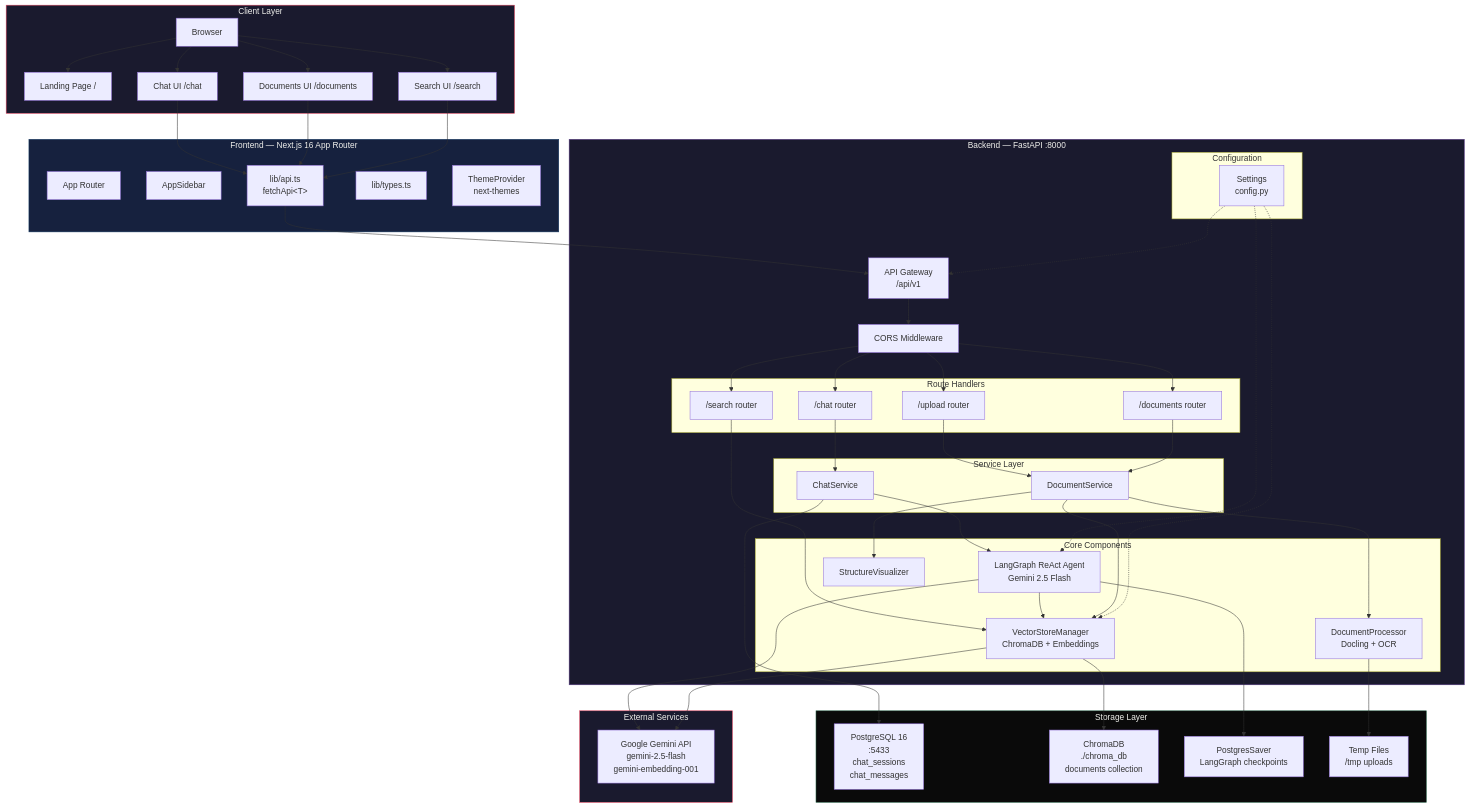
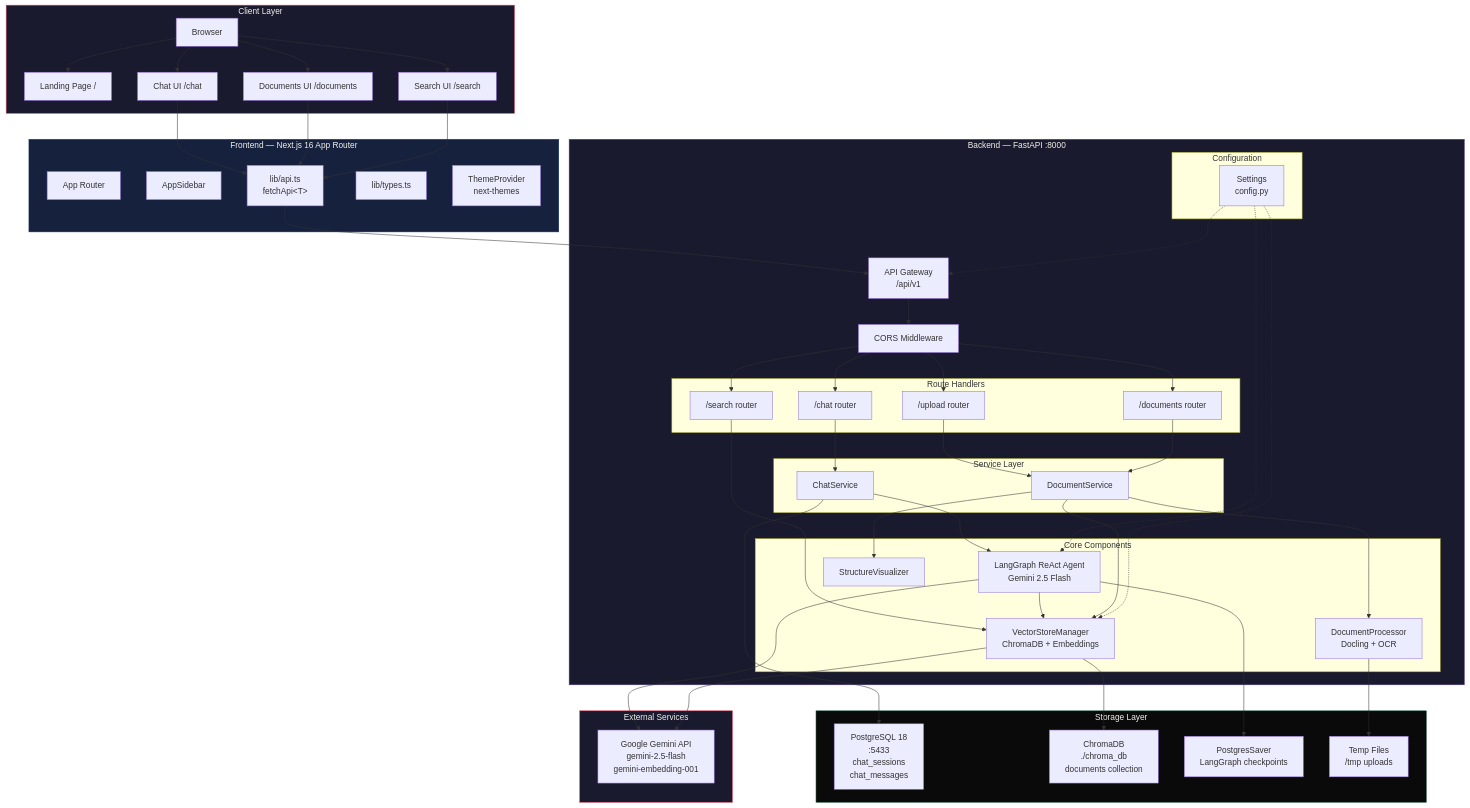
Before and after one commit to Timmy00125/ArchiveAI: the diagram in diagrams/01-system-overview.md, drawn with Mermaid. The commit also changed 6 other files, not shown here.

```diff
--- a/diagrams/01-system-overview.md
+++ b/diagrams/01-system-overview.md
@@ -49,7 +49,7 @@
     end
 
     subgraph Storage["Storage Layer"]
-        PG["PostgreSQL 16<br/>:5433<br/>chat_sessions<br/>chat_messages"]
+        PG["PostgreSQL 18<br/>:5433<br/>chat_sessions<br/>chat_messages"]
         Chroma["ChromaDB<br/>./chroma_db<br/>documents collection"]
         LangGraphCP["PostgresSaver<br/>LangGraph checkpoints"]
         TempFS["Temp Files<br/>/tmp uploads"]
```
